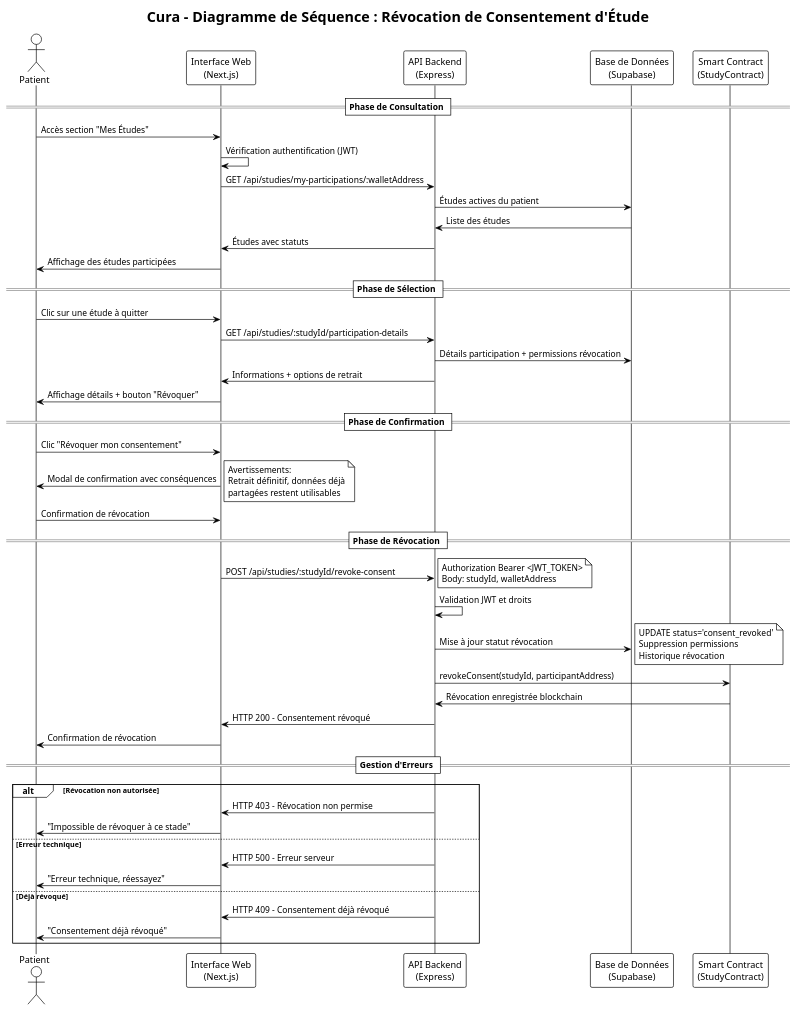
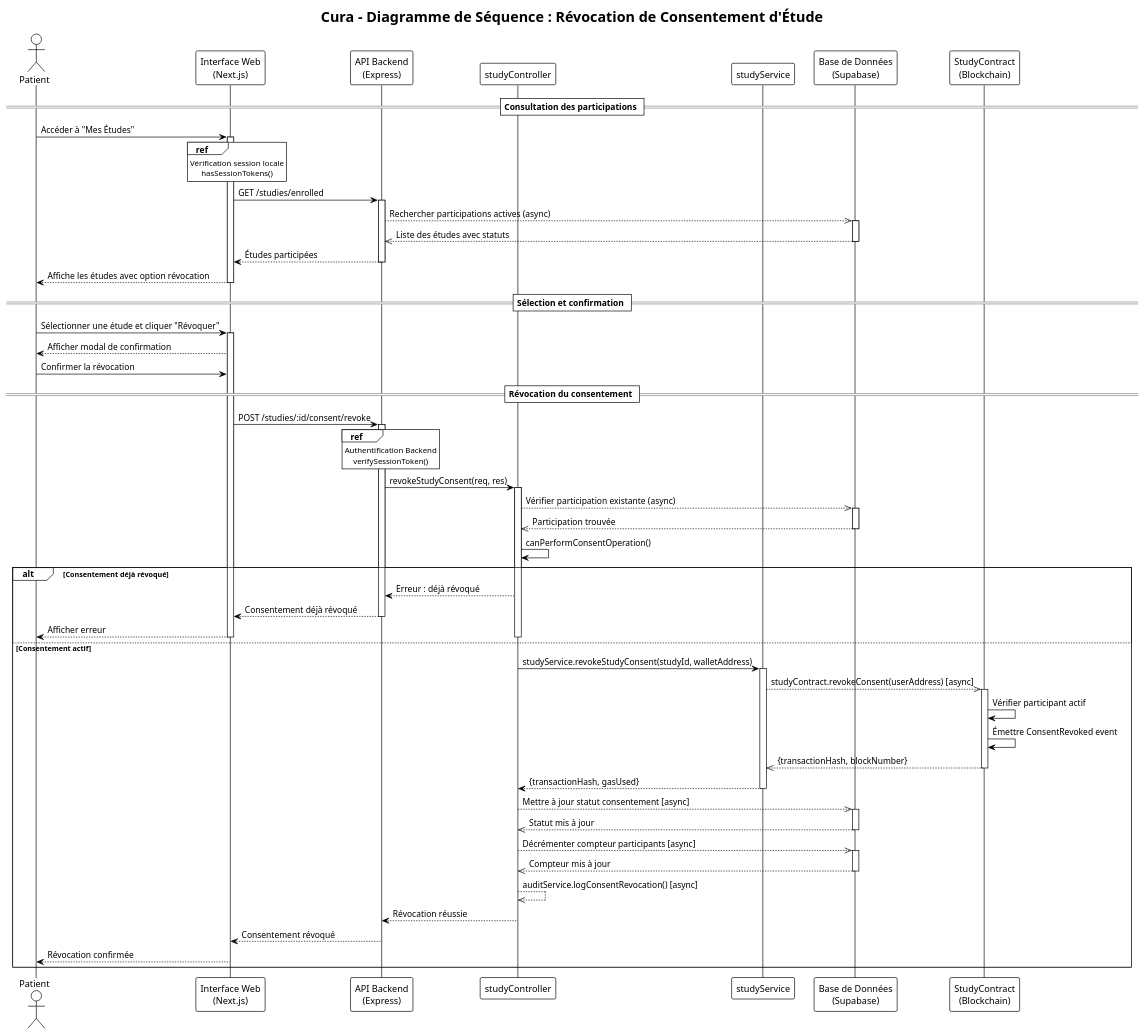
One commit to monark-community/zk-medical-data-exchange changed the diagram in docs/sequence-diagrams/consent-revocation-sequence.puml. Above: the diagram before and after it, drawn with PlantUML. The commit also changed 22 other files, not shown here.

First line of the commit message:
feat: Update sequence diagrams (#348)

```diff
--- a/docs/sequence-diagrams/consent-revocation-sequence.puml
+++ b/docs/sequence-diagrams/consent-revocation-sequence.puml
@@ -1,73 +1,96 @@
 @startuml Consent_Revocation_Sequence
 !theme plain
 
 title Cura - Diagramme de Séquence : Révocation de Consentement d'Étude
 
 actor "Patient" as Patient
 participant "Interface Web\n(Next.js)" as Frontend
 participant "API Backend\n(Express)" as Backend
+participant "studyController" as Controller
+participant "studyService" as Service
 participant "Base de Données\n(Supabase)" as Database
-participant "Smart Contract\n(StudyContract)" as StudyContract
+participant "StudyContract\n(Blockchain)" as StudyContract
 
-== Phase de Consultation ==
-Patient -> Frontend : Accès section "Mes Études"
-Frontend -> Frontend : Vérification authentification (JWT)
-Frontend -> Backend : GET /api/studies/my-participations/:walletAddress
-Backend -> Database : Études actives du patient
-Database -> Backend : Liste des études
-Backend -> Frontend : Études avec statuts
-Frontend -> Patient : Affichage des études participées
+== Consultation des participations ==
+Patient -> Frontend : Accéder à "Mes Études"
+activate Frontend
+ref over Frontend
+    Vérification session locale
+    hasSessionTokens()
+end ref
+Frontend -> Backend : GET /studies/enrolled
+activate Backend
+Backend -->> Database : Rechercher participations actives (async)
+activate Database
+Database -->> Backend : Liste des études avec statuts
+deactivate Database
+Backend --> Frontend : Études participées
+deactivate Backend
+Frontend --> Patient : Affiche les études avec option révocation
+deactivate Frontend
 
-== Phase de Sélection ==
-Patient -> Frontend : Clic sur une étude à quitter
-Frontend -> Backend : GET /api/studies/:studyId/participation-details
-Backend -> Database : Détails participation + permissions révocation
-Backend -> Frontend : Informations + options de retrait
-Frontend -> Patient : Affichage détails + bouton "Révoquer"
+== Sélection et confirmation ==
+Patient -> Frontend : Sélectionner une étude et cliquer "Révoquer"
+activate Frontend
+Frontend --> Patient : Afficher modal de confirmation
+Patient -> Frontend : Confirmer la révocation
 
-== Phase de Confirmation ==
-Patient -> Frontend : Clic "Révoquer mon consentement"
-Frontend -> Patient : Modal de confirmation avec conséquences
-note right
-Avertissements:
-Retrait définitif, données déjà
-partagées restent utilisables
-end note
+== Révocation du consentement ==
+Frontend -> Backend : POST /studies/:id/consent/revoke
+activate Backend
 
-Patient -> Frontend : Confirmation de révocation
+ref over Backend
+    Authentification Backend
+    verifySessionToken()
+end ref
 
-== Phase de Révocation ==
-Frontend -> Backend : POST /api/studies/:studyId/revoke-consent
-note right
-Authorization Bearer <JWT_TOKEN>
-Body: studyId, walletAddress
-end note
+Backend -> Controller : revokeStudyConsent(req, res)
+activate Controller
 
-Backend -> Backend : Validation JWT et droits
+Controller -->> Database : Vérifier participation existante (async)
+activate Database
+Database -->> Controller : Participation trouvée
+deactivate Database
 
-Backend -> Database : Mise à jour statut révocation
-note right
-UPDATE status='consent_revoked'
-Suppression permissions
-Historique révocation
-end note
+Controller -> Controller : canPerformConsentOperation()
 
-Backend -> StudyContract : revokeConsent(studyId, participantAddress)
-StudyContract -> Backend : Révocation enregistrée blockchain
-
-Backend -> Frontend : HTTP 200 - Consentement révoqué
-Frontend -> Patient : Confirmation de révocation
-
-== Gestion d'Erreurs ==
-alt Révocation non autorisée
-    Backend -> Frontend : HTTP 403 - Révocation non permise
-    Frontend -> Patient : "Impossible de révoquer à ce stade"
-else Erreur technique
-    Backend -> Frontend : HTTP 500 - Erreur serveur
-    Frontend -> Patient : "Erreur technique, réessayez"
-else Déjà révoqué
-    Backend -> Frontend : HTTP 409 - Consentement déjà révoqué
-    Frontend -> Patient : "Consentement déjà révoqué"
+alt Consentement déjà révoqué
+    Controller --> Backend : Erreur : déjà révoqué
+    Backend --> Frontend : Consentement déjà révoqué
+    deactivate Backend
+    Frontend --> Patient : Afficher erreur
+    deactivate Controller
+    deactivate Frontend
+else Consentement actif
+    Controller -> Service : studyService.revokeStudyConsent(studyId, walletAddress)
+    activate Service
+    Service -->> StudyContract : studyContract.revokeConsent(userAddress) [async]
+    activate StudyContract
+    StudyContract -> StudyContract : Vérifier participant actif
+    StudyContract -> StudyContract : Émettre ConsentRevoked event
+    StudyContract -->> Service : {transactionHash, blockNumber}
+    deactivate StudyContract
+    Service --> Controller : {transactionHash, gasUsed}
+    deactivate Service
+    
+    Controller -->> Database : Mettre à jour statut consentement [async]
+    activate Database
+    Database -->> Controller : Statut mis à jour
+    deactivate Database
+    
+    Controller -->> Database : Décrémenter compteur participants [async]
+    activate Database
+    Database -->> Controller : Compteur mis à jour
+    deactivate Database
+    
+    Controller -->> Controller : auditService.logConsentRevocation() [async]
+    
+    Controller --> Backend : Révocation réussie
+    deactivate Controller
+    Backend --> Frontend : Consentement révoqué
+    deactivate Backend
+    Frontend --> Patient : Révocation confirmée
+    deactivate Frontend
 end
 
 @enduml
```
